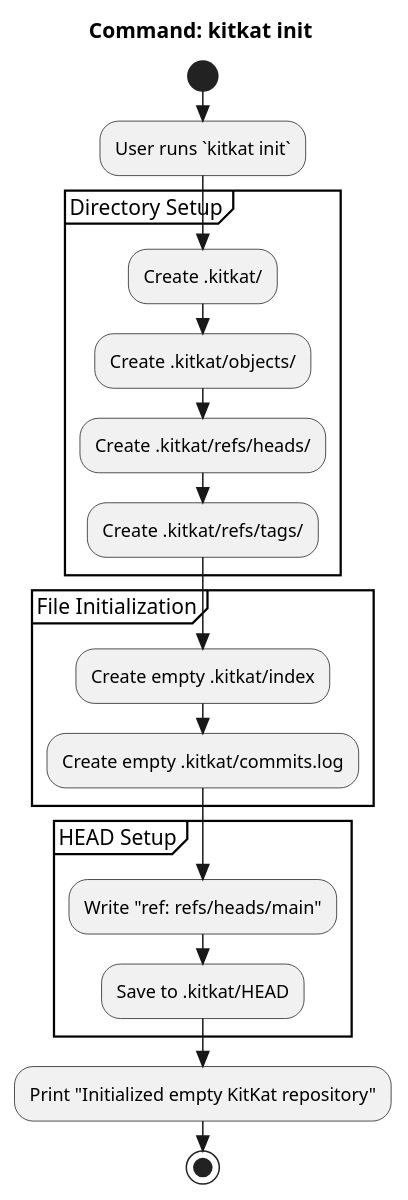
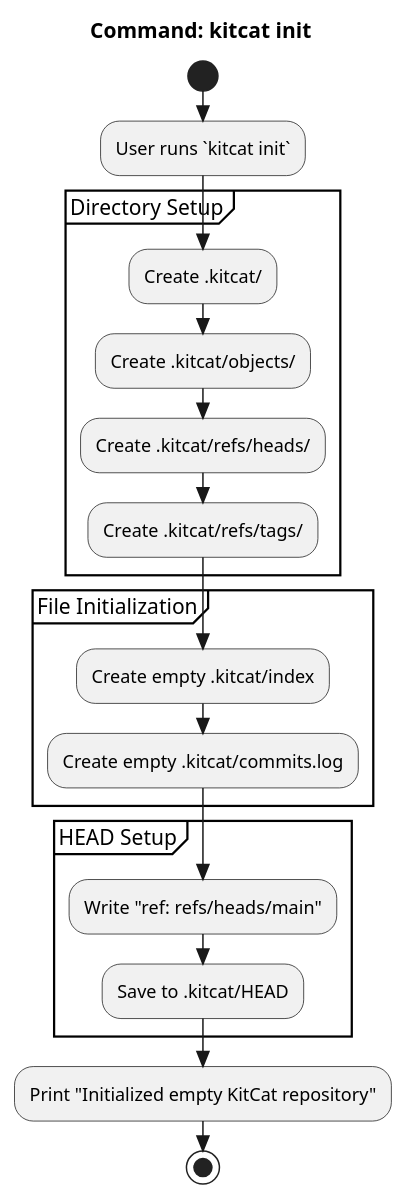
One commit to LeeFred3042U/kitkat changed the diagram in docs/architecture/init/init.puml. Above: the diagram before and after it, drawn with PlantUML. The commit also changed 47 other files, not shown here.

Commit message:
chore: change kitkat to kitcat (#147)

```diff
--- a/docs/architecture/init/init.puml
+++ b/docs/architecture/init/init.puml
@@ -1,26 +1,26 @@
 @startuml init
-title Command: kitkat init
+title Command: kitcat init
 skinparam style strictuml
 start
-:User runs `kitkat init`;
+:User runs `kitcat init`;
 
 partition "Directory Setup" {
-  :Create .kitkat/;
-  :Create .kitkat/objects/;
-  :Create .kitkat/refs/heads/;
-  :Create .kitkat/refs/tags/;
+  :Create .kitcat/;
+  :Create .kitcat/objects/;
+  :Create .kitcat/refs/heads/;
+  :Create .kitcat/refs/tags/;
 }
 
 partition "File Initialization" {
-  :Create empty .kitkat/index;
-  :Create empty .kitkat/commits.log;
+  :Create empty .kitcat/index;
+  :Create empty .kitcat/commits.log;
 }
 
 partition "HEAD Setup" {
   :Write "ref: refs/heads/main";
-  :Save to .kitkat/HEAD;
+  :Save to .kitcat/HEAD;
 }
 
-:Print "Initialized empty KitKat repository";
+:Print "Initialized empty KitCat repository";
 stop
 @enduml
```
